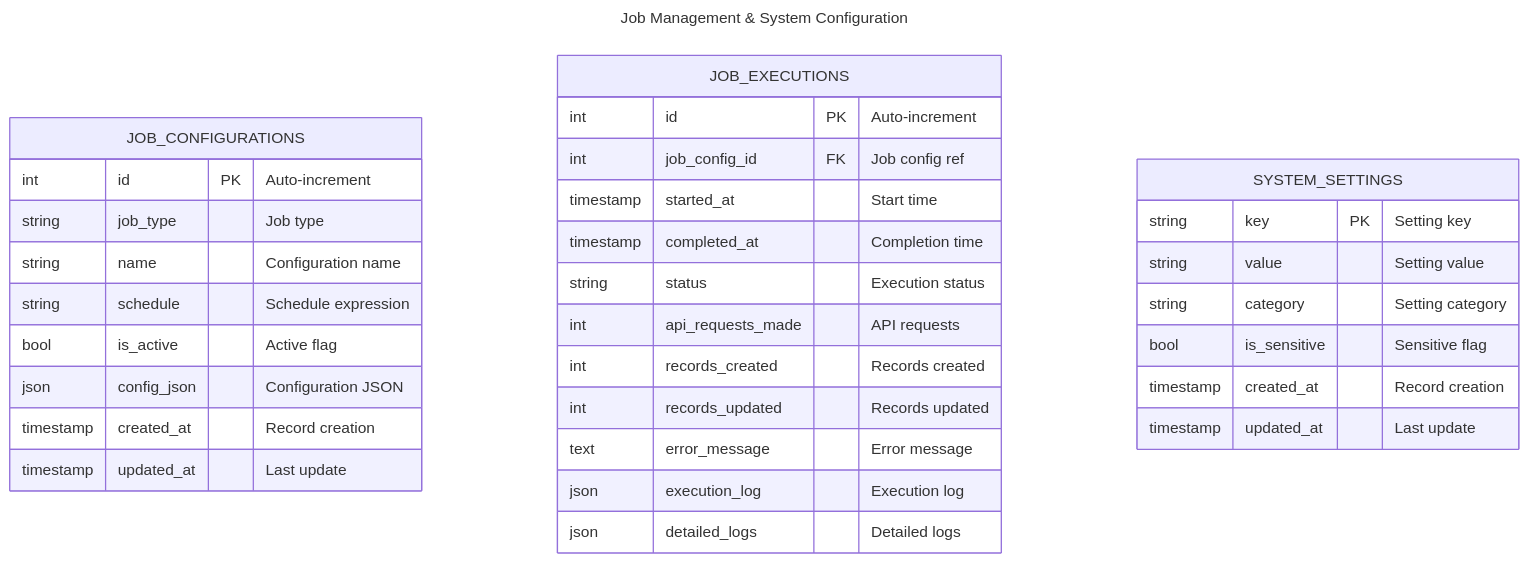
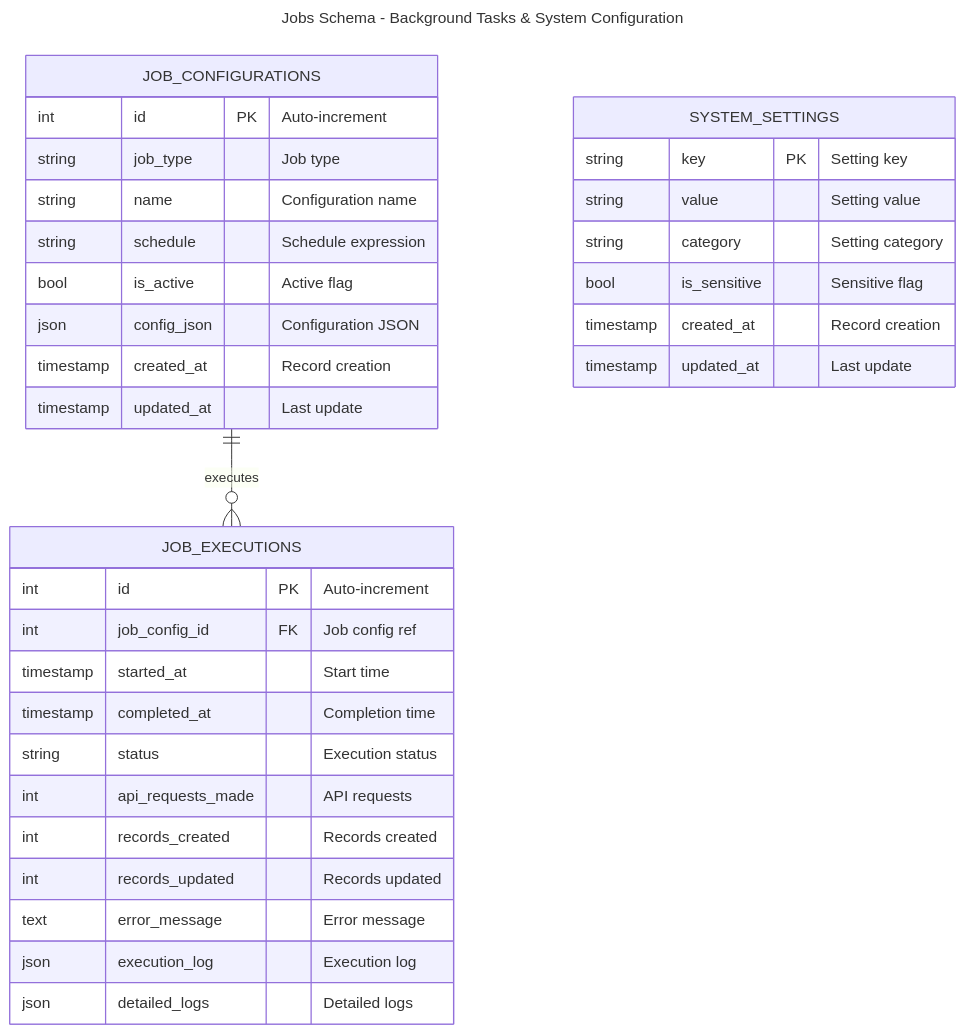
Before and after one commit to SlanyCukr/riot-api-project: the third of 3 diagrams in docs/database-schema.md, drawn with Mermaid. The commit also changed other lines of this file and 97 other files, not shown here.

Commit message:
Added user table and accounts, login page and functionality, changed DB schema.

````diff
--- a/docs/database-schema.md
+++ b/docs/database-schema.md
@@ -166,39 +188,41 @@
 ```mermaid
 ---
-title: Job Management & System Configuration
+title: Jobs Schema - Background Tasks & System Configuration
 ---
 erDiagram
+    JOB_CONFIGURATIONS ||--o{ JOB_EXECUTIONS : "executes"
+
     JOB_CONFIGURATIONS {
         int id PK "Auto-increment"
         string job_type "Job type"
         string name "Configuration name"
         string schedule "Schedule expression"
         bool is_active "Active flag"
         json config_json "Configuration JSON"
         timestamp created_at "Record creation"
         timestamp updated_at "Last update"
     }
 
     JOB_EXECUTIONS {
         int id PK "Auto-increment"
         int job_config_id FK "Job config ref"
         timestamp started_at "Start time"
         timestamp completed_at "Completion time"
         string status "Execution status"
         int api_requests_made "API requests"
         int records_created "Records created"
         int records_updated "Records updated"
         text error_message "Error message"
         json execution_log "Execution log"
         json detailed_logs "Detailed logs"
     }
 
     SYSTEM_SETTINGS {
         string key PK "Setting key"
         string value "Setting value"
         string category "Setting category"
         bool is_sensitive "Sensitive flag"
         timestamp created_at "Record creation"
         timestamp updated_at "Last update"
     }
 ```
````
